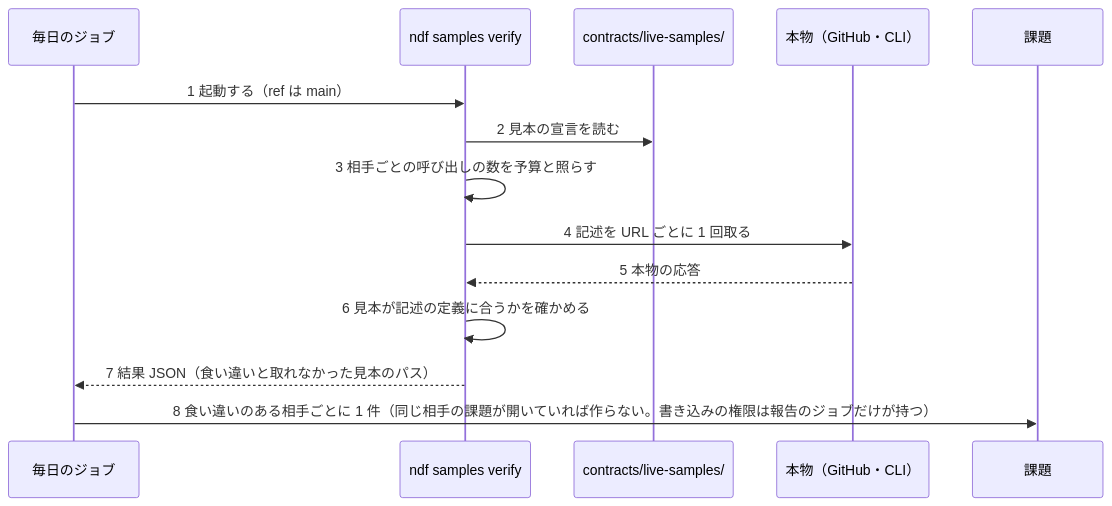
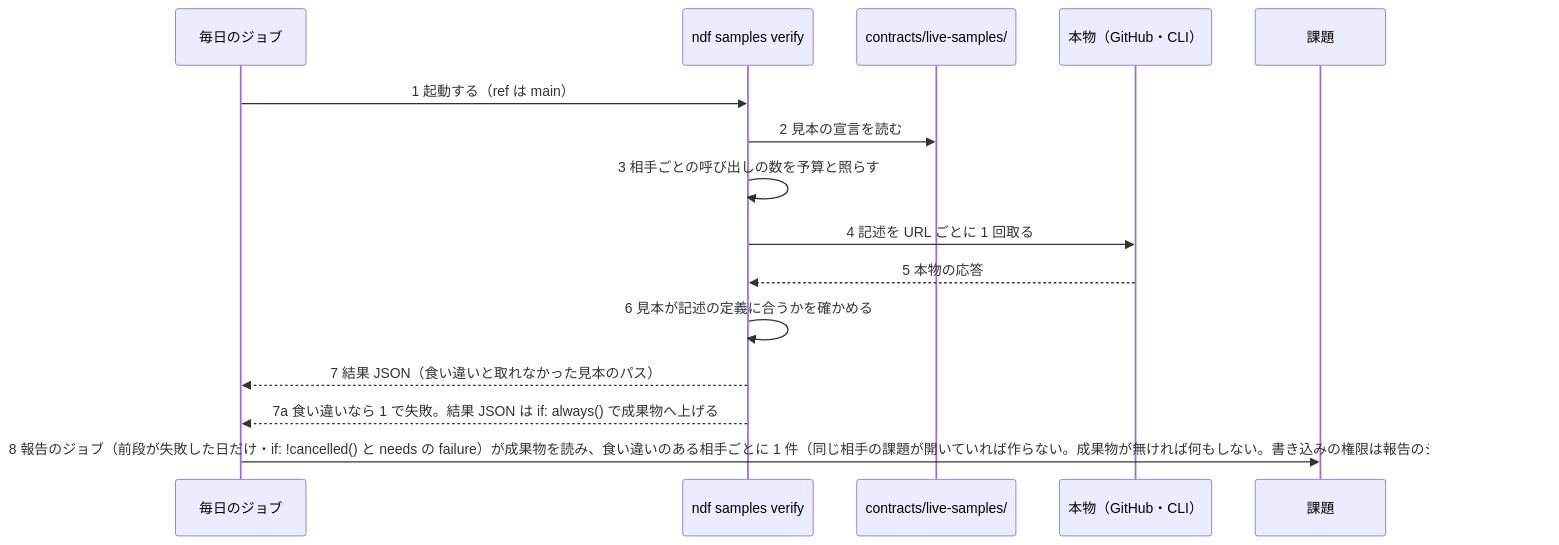
Before and after one commit to devbasex/ai-plugins: the fourth of 5 diagrams in issues/issue-3687-design.md, drawn with Mermaid. The commit also changed other lines of this file and 3 other files, not shown here.

````diff
--- a/issues/issue-3687-design.md
+++ b/issues/issue-3687-design.md
@@ -265,16 +265,17 @@
 ```mermaid
 sequenceDiagram
   participant D as 毎日のジョブ
   participant V as ndf samples verify
   participant C as contracts/live-samples/
   participant R as 本物（GitHub・CLI）
   participant G as 課題
   D->>V: 1 起動する（ref は main）
   V->>C: 2 見本の宣言を読む
   V->>V: 3 相手ごとの呼び出しの数を予算と照らす
   V->>R: 4 記述を URL ごとに 1 回取る
   R-->>V: 5 本物の応答
   V->>V: 6 見本が記述の定義に合うかを確かめる
   V-->>D: 7 結果 JSON（食い違いと取れなかった見本のパス）
-  D->>G: 8 食い違いのある相手ごとに 1 件（同じ相手の課題が開いていれば作らない。書き込みの権限は報告のジョブだけが持つ）
+  V-->>D: 7a 食い違いなら 1 で失敗。結果 JSON は if: always() で成果物へ上げる
+  D->>G: 8 報告のジョブ（前段が失敗した日だけ・if: !cancelled() と needs の failure）が成果物を読み、食い違いのある相手ごとに 1 件（同じ相手の課題が開いていれば作らない。成果物が無ければ何もしない。書き込みの権限は報告のジョブだけが持つ）
 ```
````
